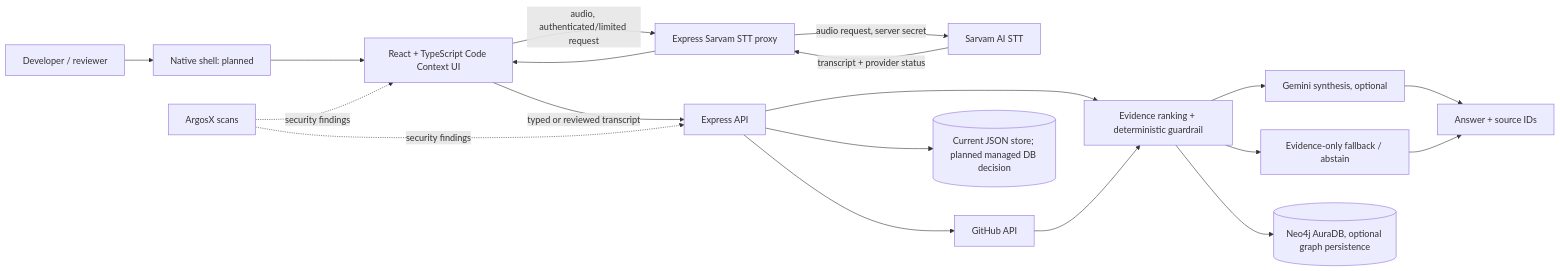
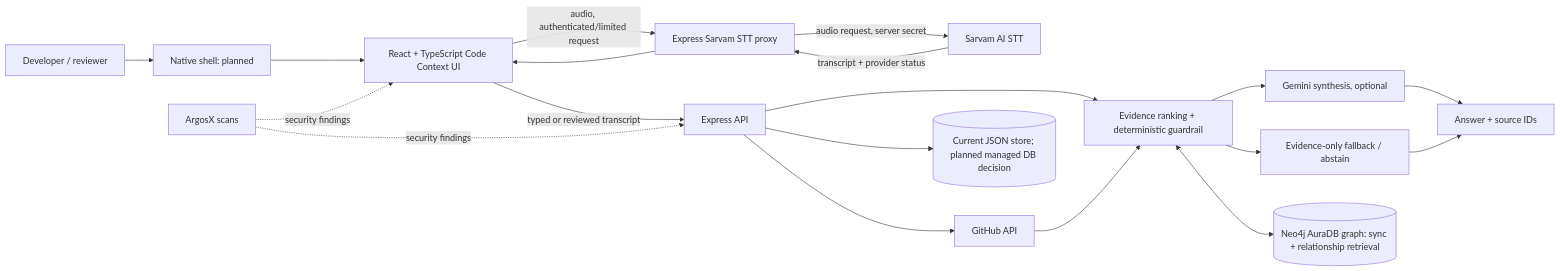
Before and after one commit to NAVEEN-SOVERIGN/SkillForge-AI: the first of 2 diagrams in docs/FINALE_MVP_PLAN_AND_TECHNICAL_DOCUMENTATION.md, drawn with Mermaid. The commit also changed other lines of this file and 1 other file, not shown here.

Commit message:
docs: add student target and Neo4j finale plan

````diff
--- a/docs/FINALE_MVP_PLAN_AND_TECHNICAL_DOCUMENTATION.md
+++ b/docs/FINALE_MVP_PLAN_AND_TECHNICAL_DOCUMENTATION.md
@@ -82,21 +85,21 @@
 ```mermaid
 flowchart LR
   U[Developer / reviewer] --> N[Native shell: planned]
   N --> W[React + TypeScript Code Context UI]
   W -->|typed or reviewed transcript| API[Express API]
   W -->|audio, authenticated/limited request| STT[Express Sarvam STT proxy]
   STT -->|audio request, server secret| S[Sarvam AI STT]
   S -->|transcript + provider status| STT
   STT --> W
   API --> GH[GitHub API]
   API --> G[Evidence ranking + deterministic guardrail]
   GH --> G
   G --> A[Gemini synthesis, optional]
   G --> F[Evidence-only fallback / abstain]
   A --> E[Answer + source IDs]
   F --> E
-  G --> Neo[(Neo4j AuraDB, optional graph persistence)]
+  G <--> Neo[(Neo4j AuraDB graph: sync + relationship retrieval)]
   API --> DB[(Current JSON store; planned managed DB decision)]
   Argos[ArgosX scans] -. security findings .-> API
   Argos -. security findings .-> W
 ```
````
